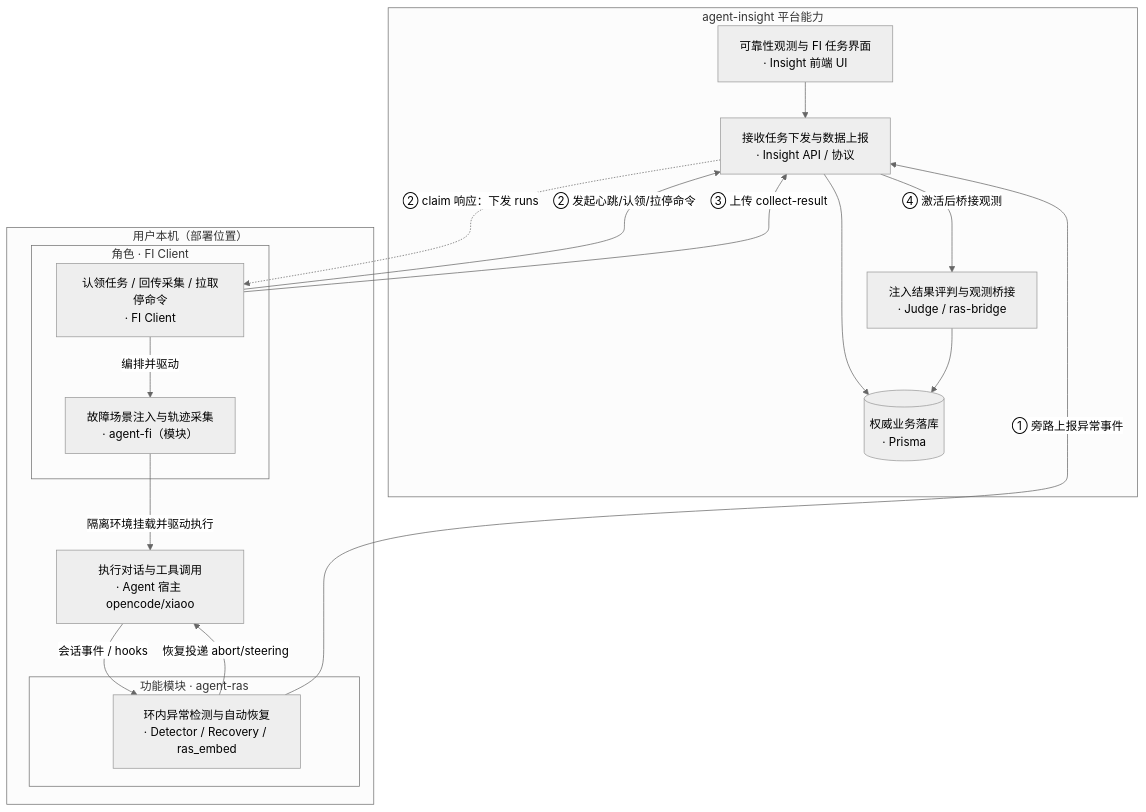
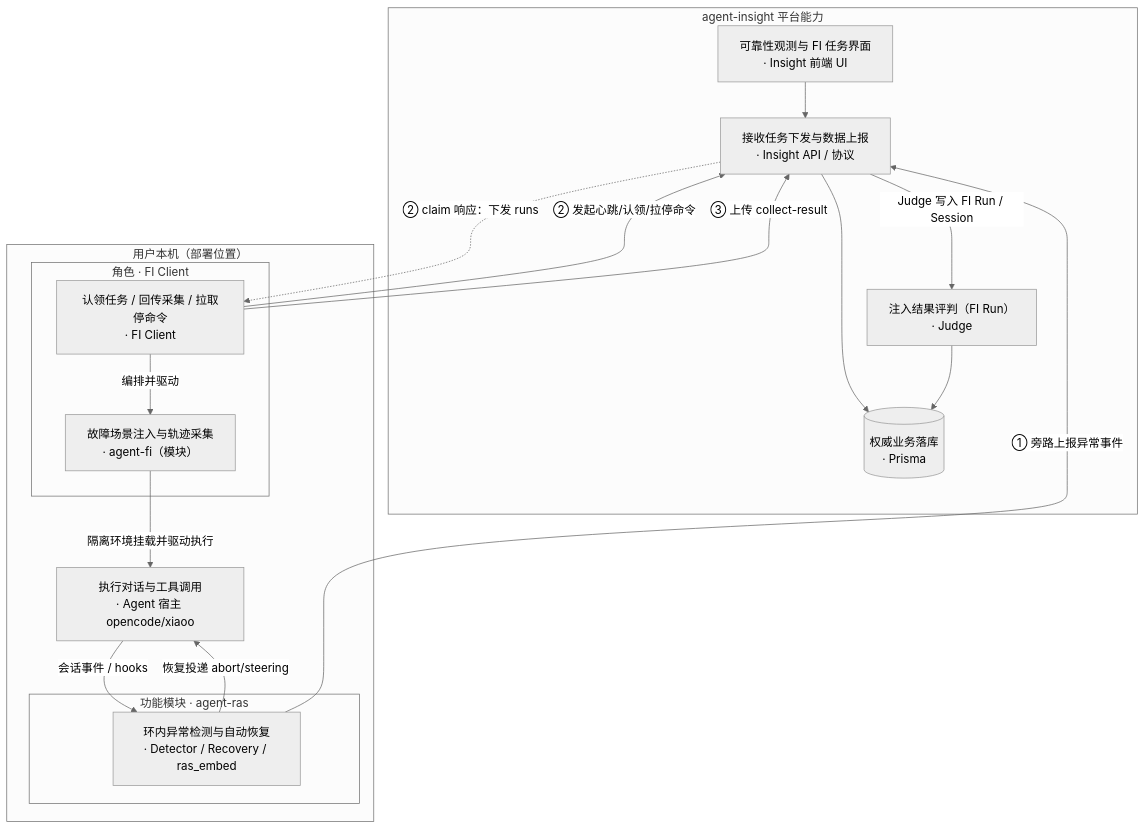
One commit to openeuler-mirror/agent-insight changed the first of 8 diagrams in docs/agent-fault-injection/designs/ras-fi-insight-relationship.md. Above: the diagram before and after it, drawn with Mermaid (neutral theme). The commit also changed other lines of this file and 200 other files, not shown here.

````diff
--- a/docs/agent-fault-injection/designs/ras-fi-insight-relationship.md
+++ b/docs/agent-fault-injection/designs/ras-fi-insight-relationship.md
@@ -23,30 +23,30 @@
 ```mermaid
 flowchart TB
   subgraph insight ["agent-insight 平台能力"]
     UI["可靠性观测与 FI 任务界面<br/>· Insight 前端 UI"]
     API["接收任务下发与数据上报<br/>· Insight API / 协议"]
     DB[("权威业务落库<br/>· Prisma")]
-    Judge["注入结果评判与观测桥接<br/>· Judge / ras-bridge"]
+    Judge["注入结果评判（FI Run）<br/>· Judge"]
   end
   subgraph client ["用户本机（部署位置）"]
     Host["执行对话与工具调用<br/>· Agent 宿主 opencode/xiaoo"]
     subgraph rasMod ["功能模块 · agent-ras"]
       RAS["环内异常检测与自动恢复<br/>· Detector / Recovery / ras_embed"]
     end
     subgraph fiMod ["角色 · FI Client"]
       FIC["认领任务 / 回传采集 / 拉取停命令<br/>· FI Client"]
       FI["故障场景注入与轨迹采集<br/>· agent-fi（模块）"]
     end
   end
   UI --> API --> DB
   Judge --> DB
   Host -->|"会话事件 / hooks"| RAS
   RAS -->|"恢复投递 abort/steering"| Host
   FIC -->|编排并驱动| FI
   FI -->|"隔离环境挂载并驱动执行"| Host
   RAS -->|"① 旁路上报异常事件"| API
   FIC -->|"② 发起心跳/认领/拉停命令"| API
   API -.->|"② claim 响应：下发 runs"| FIC
   FIC -->|"③ 上传 collect-result"| API
-  API -->|"④ 激活后桥接观测"| Judge
+  API -->|"Judge 写入 FI Run / Session"| Judge
 ```
````
